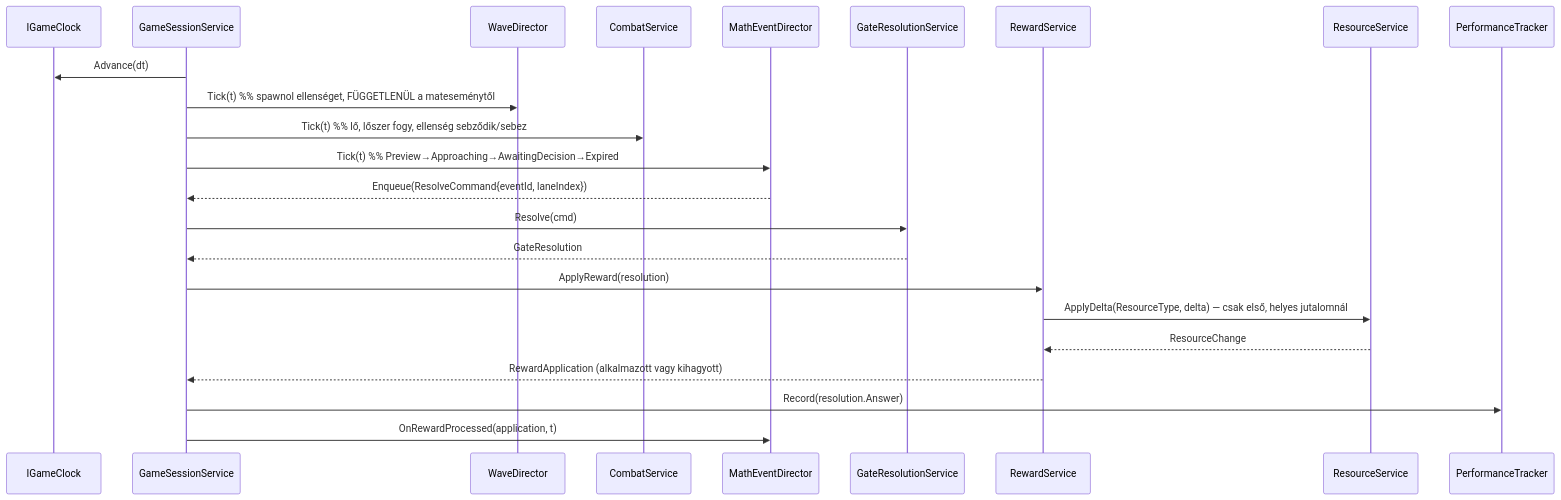
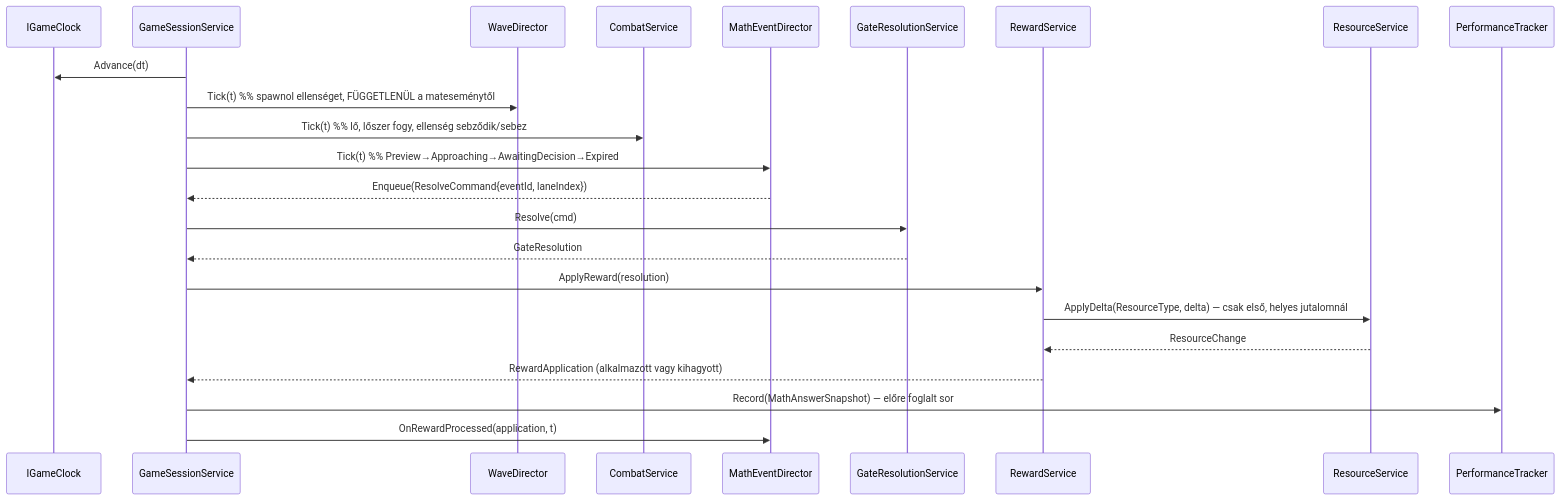
The fourth of 4 diagrams in docs/ARCHITECTURE.md (kmarkodotnet/mathwars), drawn with Mermaid before and after one commit. The commit also changed other lines of this file and 7 other files, not shown here.

````diff
--- a/docs/ARCHITECTURE.md
+++ b/docs/ARCHITECTURE.md
@@ -316,25 +323,25 @@
 ```mermaid
 sequenceDiagram
     participant C as IGameClock
     participant S as GameSessionService
     participant W as WaveDirector
     participant K as CombatService
     participant M as MathEventDirector
     participant G as GateResolutionService
     participant Q as RewardService
     participant R as ResourceService
     participant A as PerformanceTracker
     S->>C: Advance(dt)
     S->>W: Tick(t)  %% spawnol ellenséget, FÜGGETLENÜL a mateseménytől
     S->>K: Tick(t)  %% lő, lőszer fogy, ellenség sebződik/sebez
     S->>M: Tick(t)  %% Preview→Approaching→AwaitingDecision→Expired
     M-->>S: Enqueue(ResolveCommand{eventId, laneIndex})
     S->>G: Resolve(cmd)
     G-->>S: GateResolution
     S->>Q: ApplyReward(resolution)
     Q->>R: ApplyDelta(ResourceType, delta) — csak első, helyes jutalomnál
     R-->>Q: ResourceChange
     Q-->>S: RewardApplication (alkalmazott vagy kihagyott)
-    S->>A: Record(resolution.Answer)
+    S->>A: Record(MathAnswerSnapshot) — előre foglalt sor
     S->>M: OnRewardProcessed(application, t)
 ```
````
